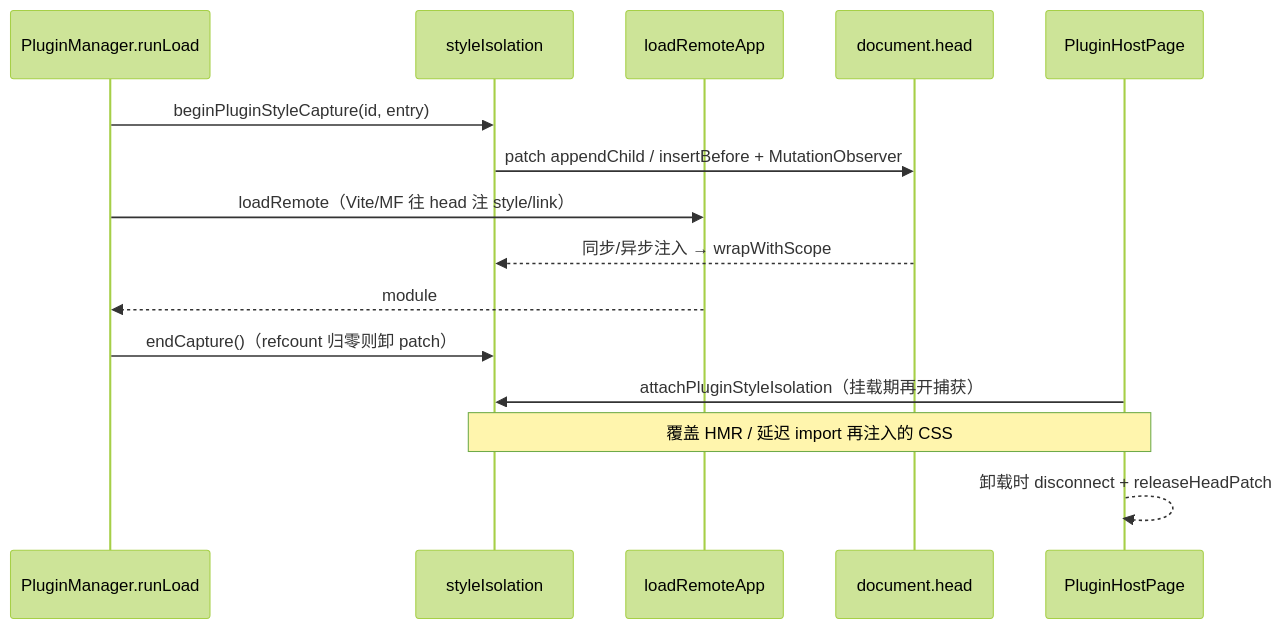
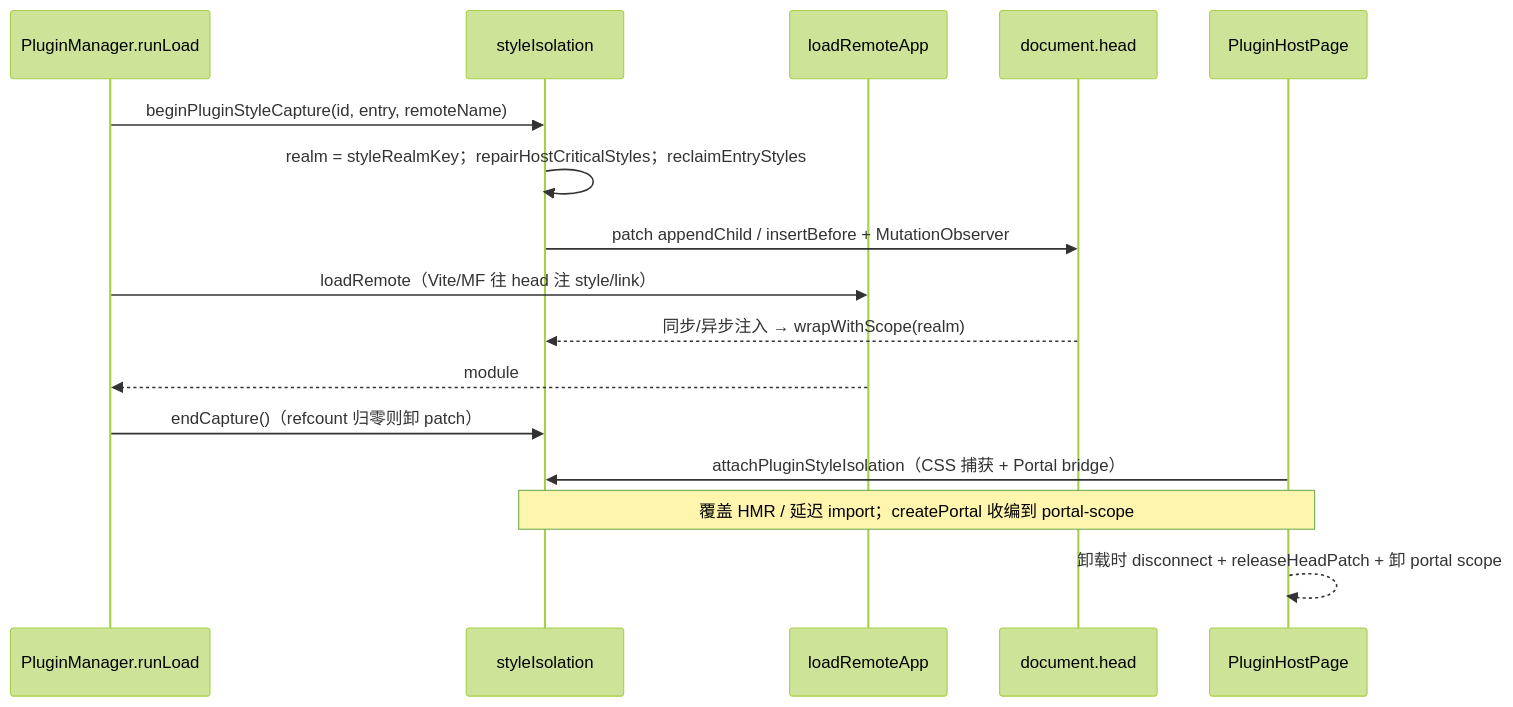
The first of 7 diagrams in apps/frontend/src/plugins/docs/mf-implementation-guide.md (dnhyxc/dnhyxc-ai), drawn with Mermaid (forest theme) before and after one commit. The commit also changed other lines of this file and 24 other files, not shown here.

````diff
--- a/apps/frontend/src/plugins/docs/mf-implementation-guide.md
+++ b/apps/frontend/src/plugins/docs/mf-implementation-guide.md
@@ -2074,18 +2192,19 @@
 ```mermaid
 sequenceDiagram
   participant PM as PluginManager.runLoad
   participant SI as styleIsolation
   participant MF as loadRemoteApp
   participant Head as document.head
   participant Page as PluginHostPage
 
-  PM->>SI: beginPluginStyleCapture(id, entry)
+  PM->>SI: beginPluginStyleCapture(id, entry, remoteName)
+  SI->>SI: realm = styleRealmKey；repairHostCriticalStyles；reclaimEntryStyles
   SI->>Head: patch appendChild / insertBefore + MutationObserver
   PM->>MF: loadRemote（Vite/MF 往 head 注 style/link）
-  Head-->>SI: 同步/异步注入 → wrapWithScope
+  Head-->>SI: 同步/异步注入 → wrapWithScope(realm)
   MF-->>PM: module
   PM->>SI: endCapture()（refcount 归零则卸 patch）
-  Page->>SI: attachPluginStyleIsolation（挂载期再开捕获）
-  Note over Page,SI: 覆盖 HMR / 延迟 import 再注入的 CSS
-  Page-->>Page: 卸载时 disconnect + releaseHeadPatch
+  Page->>SI: attachPluginStyleIsolation（CSS 捕获 + Portal bridge）
+  Note over Page,SI: 覆盖 HMR / 延迟 import；createPortal 收编到 portal-scope
+  Page-->>Page: 卸载时 disconnect + releaseHeadPatch + 卸 portal scope
 ```
````
